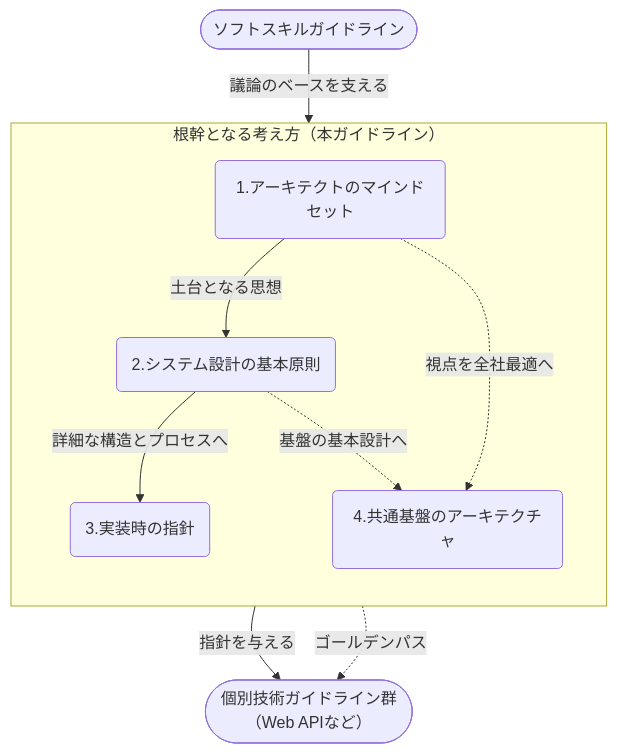
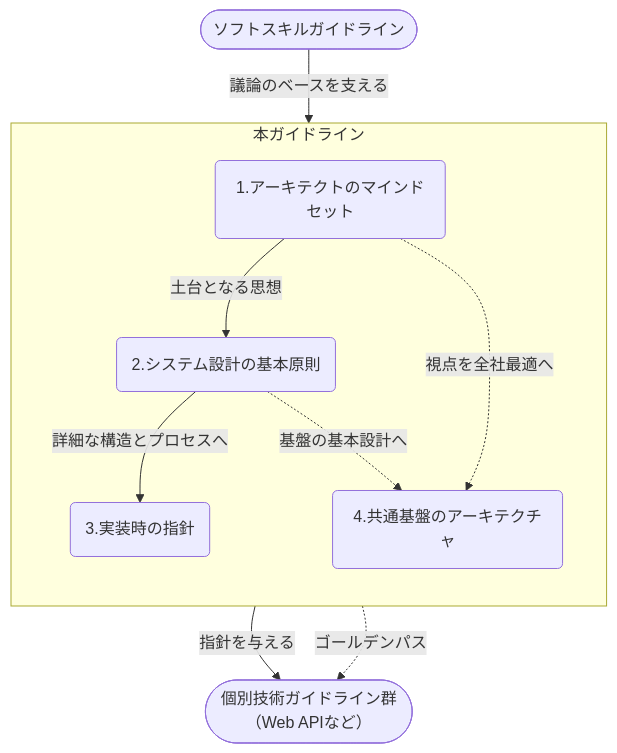
The first of 5 diagrams in documents/forPrinciple/principle_guidelines.md (future-architect/arch-guidelines), drawn with Mermaid before and after one commit. The commit also changed other lines of this file, not shown here.

````diff
--- a/documents/forPrinciple/principle_guidelines.md
+++ b/documents/forPrinciple/principle_guidelines.md
@@ -33,31 +33,31 @@
 ```mermaid
 graph TD
     Soft([ソフトスキルガイドライン])
 
-    subgraph "根幹となる考え方（本ガイドライン）"
+    subgraph "本ガイドライン"
         direction TB
 
         Ch1(1.アーキテクトのマインドセット):::chapter
         Ch2(2.システム設計の基本原則):::chapter
         Ch3(3.実装時の指針):::chapter
         Ch4(4.共通基盤のアーキテクチャ):::chapter
 
         Ch1 -->|土台となる思想| Ch2
         Ch2 -->|詳細な構造とプロセスへ| Ch3
 
         Ch1 -.->|視点を全社最適へ| Ch4
         Ch2 -.->|基盤の基本設計へ| Ch4
     end
 
     %% 下位の個別技術系
     Tech([個別技術ガイドライン群<br>（Web APIなど）]):::tech
 
     %% 外部からの繋がり
     Soft -->|議論のベースを支える| Ch1
 
     %% 外部への繋がり（個別システムへの指針）
     Ch3 -->|指針を与える| Tech
 
     %% 外部への繋がり（基盤からの統制）
     Ch4 -.->|ゴールデンパス| Tech
 ```
````
